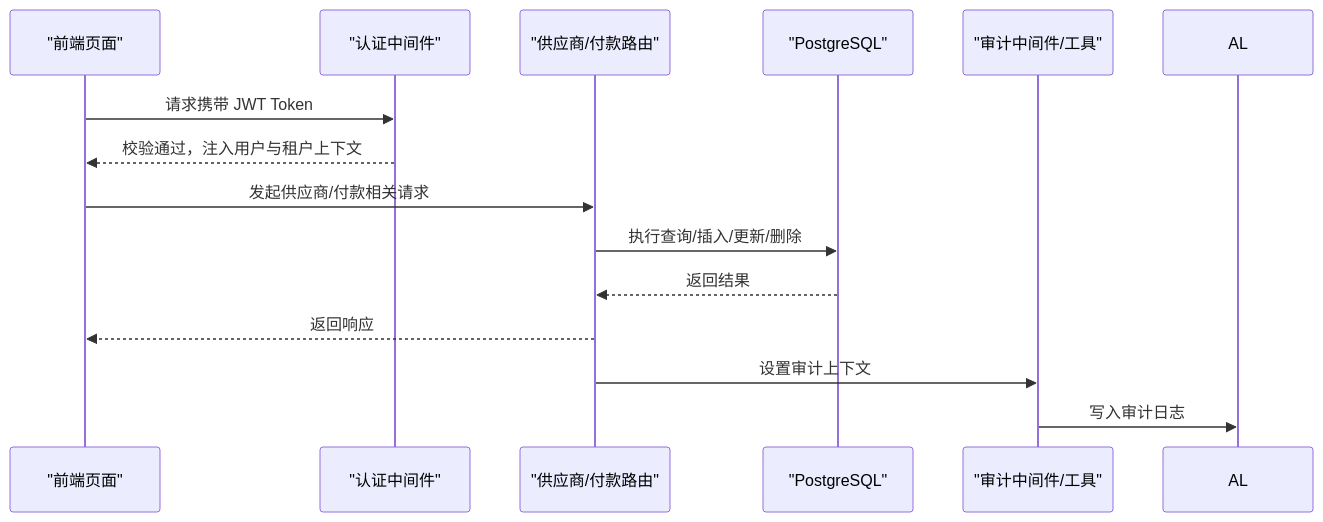
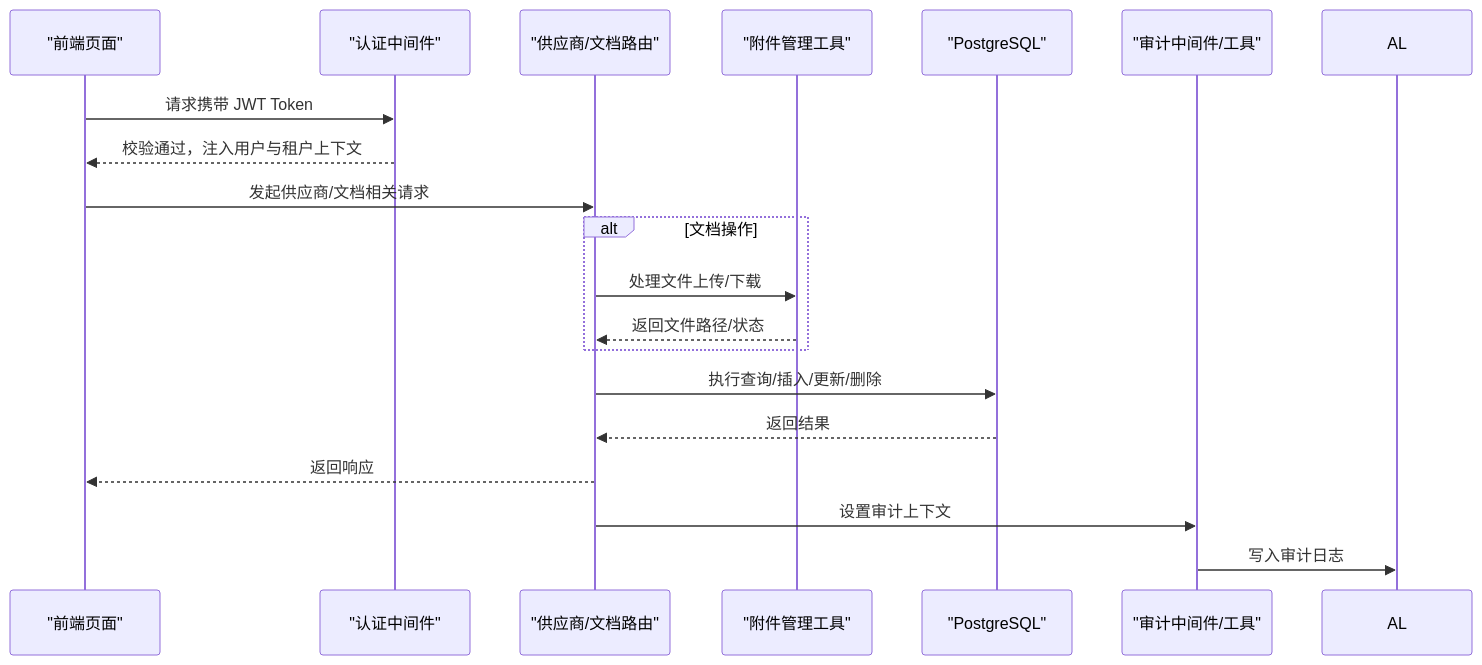
Before and after one commit to Juny09/inventory_system: the second of 9 diagrams in .qoder/repowiki/zh/content/核心功能模块/商品管理模块/供应商管理.md, drawn with Mermaid. The commit also changed other lines of this file and 53 other files, not shown here.

````diff
--- a/.qoder/repowiki/zh/content/核心功能模块/商品管理模块/供应商管理.md
+++ b/.qoder/repowiki/zh/content/核心功能模块/商品管理模块/供应商管理.md
@@ -100,16 +142,21 @@
 ```mermaid
 sequenceDiagram
 participant FE as "前端页面"
 participant AUTH as "认证中间件"
-participant ROUTER as "供应商/付款路由"
+participant ROUTER as "供应商/文档路由"
+participant ATTACH as "附件管理工具"
 participant DB as "PostgreSQL"
 participant AUDIT as "审计中间件/工具"
 FE->>AUTH : 请求携带 JWT Token
 AUTH-->>FE : 校验通过，注入用户与租户上下文
-FE->>ROUTER : 发起供应商/付款相关请求
+FE->>ROUTER : 发起供应商/文档相关请求
+alt 文档操作
+ROUTER->>ATTACH : 处理文件上传/下载
+ATTACH-->>ROUTER : 返回文件路径/状态
+end
 ROUTER->>DB : 执行查询/插入/更新/删除
 DB-->>ROUTER : 返回结果
 ROUTER-->>FE : 返回响应
 ROUTER->>AUDIT : 设置审计上下文
 AUDIT->>AL : 写入审计日志
 ```
````
